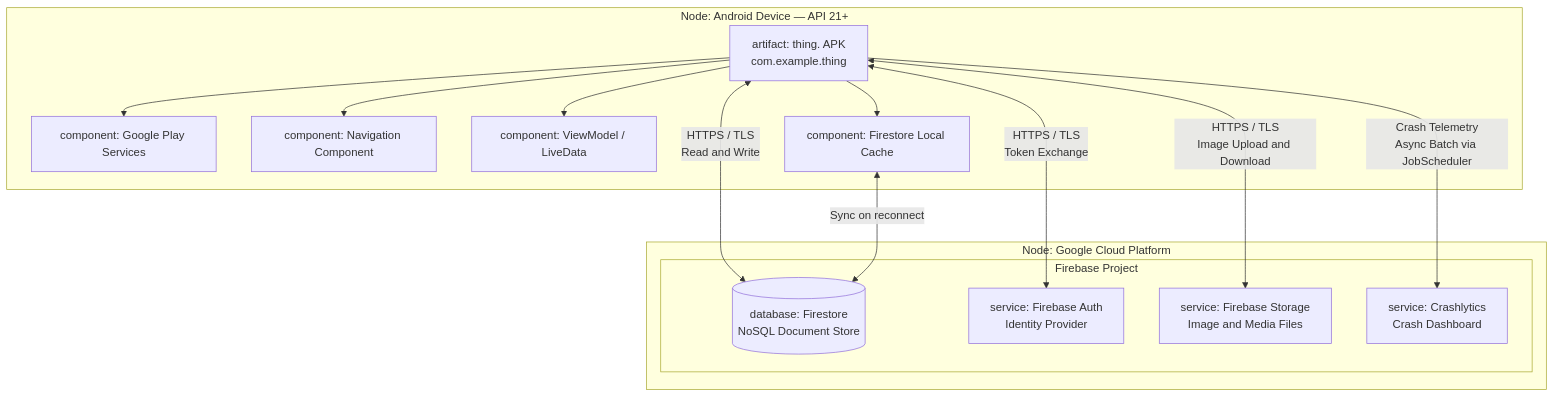
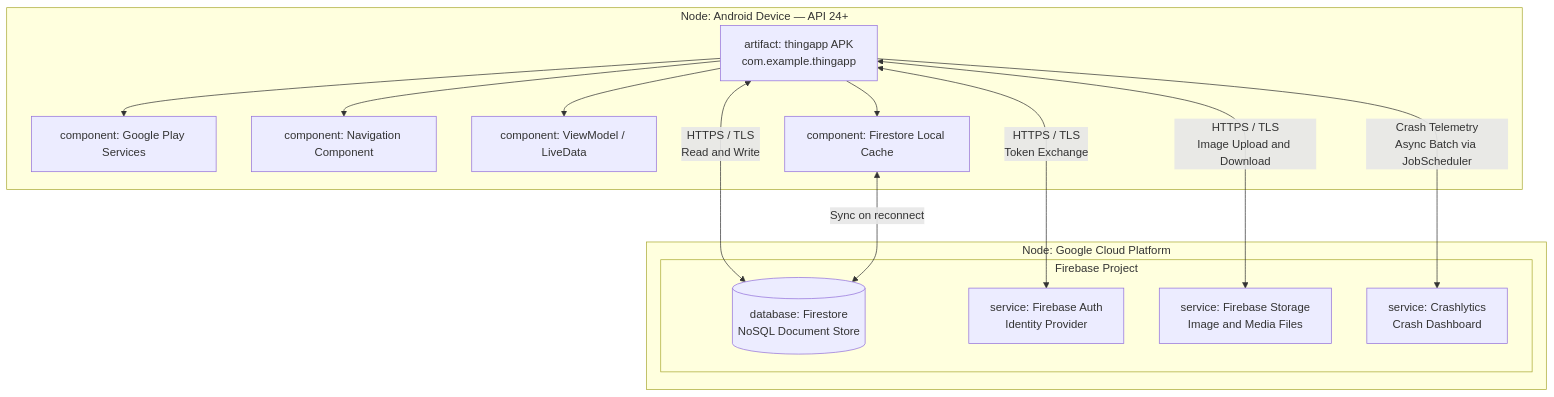
The seventh of 7 diagrams in ARCHITECTURE.md (thing-mobile-app/thing-furniture-app), drawn with Mermaid before and after one commit. The commit also changed other lines of this file, not shown here.

Commit message:
The architecture document has been updated to include version details and a development view.

````diff
--- a/ARCHITECTURE.md
+++ b/ARCHITECTURE.md
@@ -266,29 +482,29 @@
 ```mermaid
 graph TD
-    subgraph Device["Node: Android Device — API 21+"]
-        APP["artifact: thing. APK\ncom.example.thing"]
+    subgraph Device["Node: Android Device — API 24+"]
+        APP["artifact: thingapp APK\ncom.example.thingapp"]
         GPS["component: Google Play Services"]
         NAVCMP["component: Navigation Component"]
         VMCMP["component: ViewModel / LiveData"]
         FSCACHE["component: Firestore Local Cache"]
         APP --> GPS
         APP --> NAVCMP
         APP --> VMCMP
         APP --> FSCACHE
     end
 
     subgraph GCloud["Node: Google Cloud Platform"]
         subgraph Firebase["Firebase Project"]
             FS[("database: Firestore\nNoSQL Document Store")]
             AUTH["service: Firebase Auth\nIdentity Provider"]
             STG["service: Firebase Storage\nImage and Media Files"]
             CRASH["service: Crashlytics\nCrash Dashboard"]
         end
     end
 
     APP <-->|"HTTPS / TLS\nRead and Write"| FS
     APP <-->|"HTTPS / TLS\nToken Exchange"| AUTH
     APP <-->|"HTTPS / TLS\nImage Upload and Download"| STG
     APP -->|"Crash Telemetry\nAsync Batch via JobScheduler"| CRASH
     FSCACHE <-->|"Sync on reconnect"| FS
 ```
````
